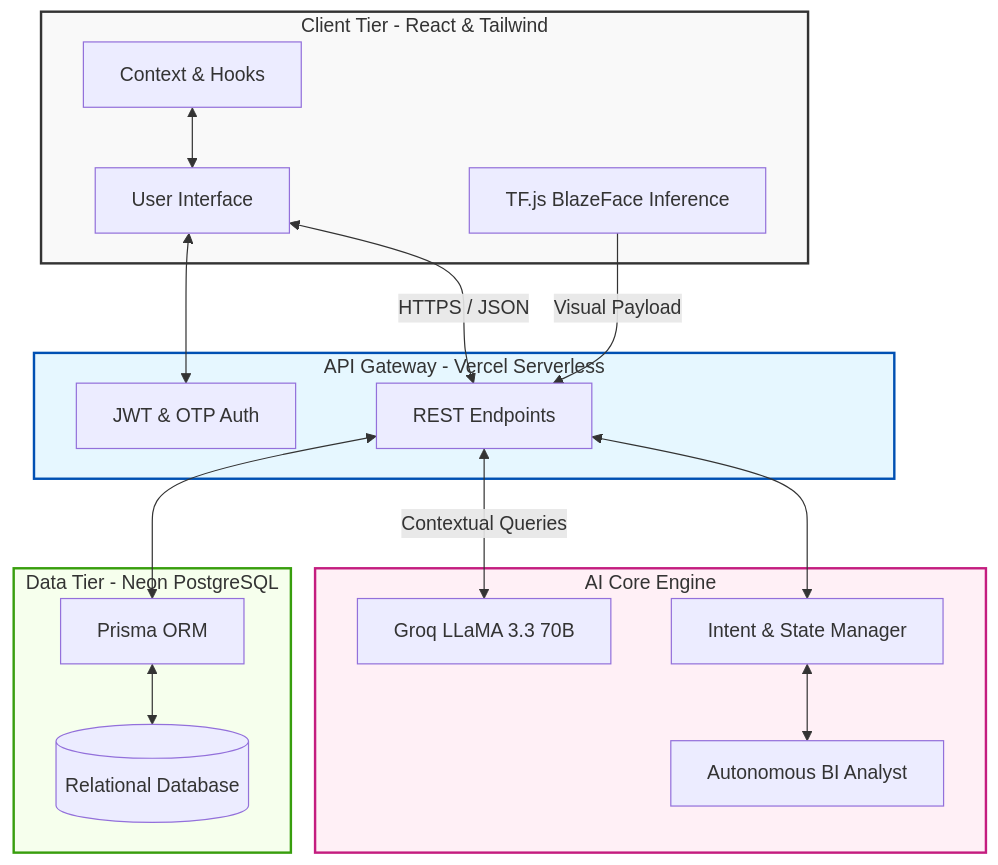
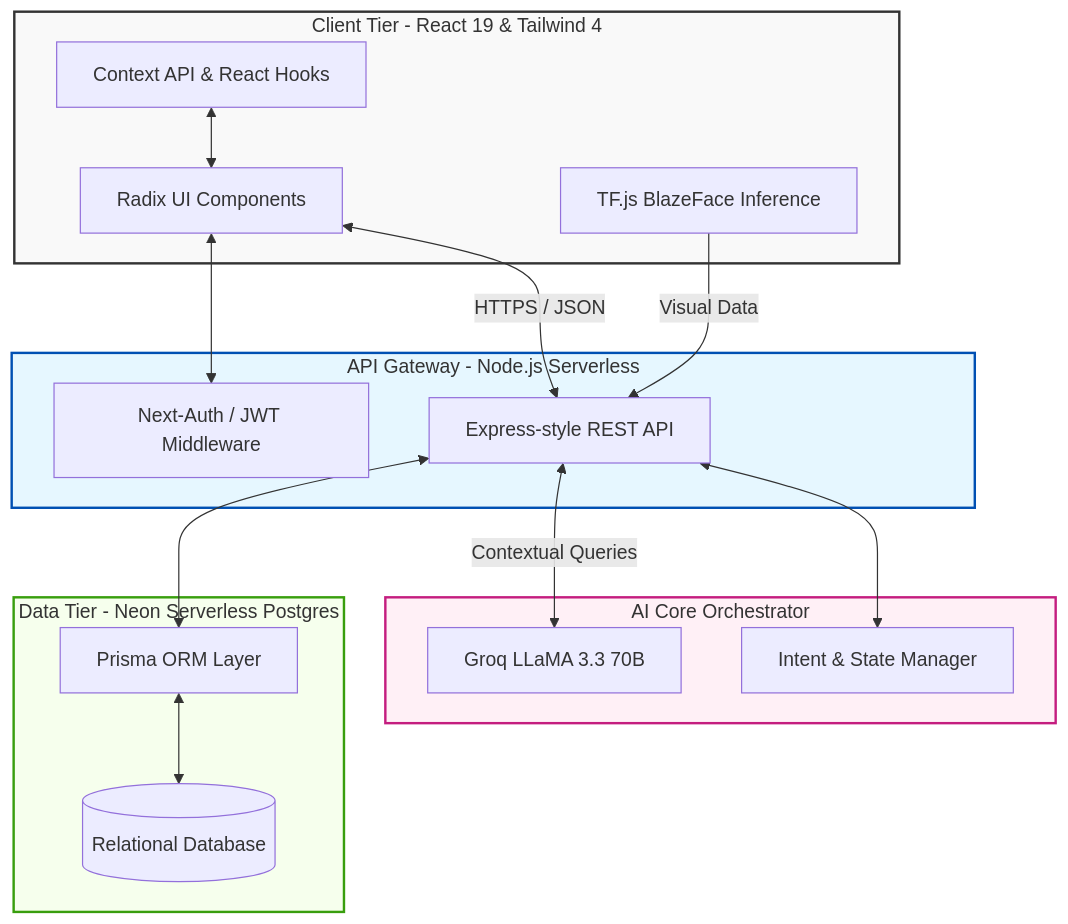
One commit to maryamtahir7/skinglow-finalproject changed the second of 3 diagrams in README.md. Above: the diagram before and after it, drawn with Mermaid. The commit also changed other lines of this file, not shown here.

````diff
--- a/README.md
+++ b/README.md
@@ -110,39 +129,37 @@
 ```mermaid
 graph TD
-  subgraph Client [Client Tier - React & Tailwind]
-    UI[User Interface]
-    State[Context & Hooks]
+  subgraph Client [Client Tier - React 19 & Tailwind 4]
+    UI[Radix UI Components]
+    State[Context API & React Hooks]
     CV[TF.js BlazeFace Inference]
   end
 
-  subgraph Gateway [API Gateway - Vercel Serverless]
-    Auth[JWT & OTP Auth]
-    API[REST Endpoints]
+  subgraph Gateway [API Gateway - Node.js Serverless]
+    Auth[Next-Auth / JWT Middleware]
+    REST[Express-style REST API]
   end
 
-  subgraph AI_Engine [AI Core Engine]
+  subgraph AI_Engine [AI Core Orchestrator]
     LLM[Groq LLaMA 3.3 70B]
     Intent[Intent & State Manager]
-    Analyst[Autonomous BI Analyst]
   end
 
-  subgraph DB [Data Tier - Neon PostgreSQL]
-    Prisma[Prisma ORM]
+  subgraph DB [Data Tier - Neon Serverless Postgres]
+    Prisma[Prisma ORM Layer]
     Postgres[(Relational Database)]
   end
 
-  UI <-->|HTTPS / JSON| API
+  UI <-->|HTTPS / JSON| REST
   UI <--> Auth
   State <--> UI
-  CV -->|Visual Payload| API
-  API <-->|Contextual Queries| LLM
-  API <--> Intent
-  API <--> Prisma
-  Intent <--> Analyst
+  CV -->|Visual Data| REST
+  REST <-->|Contextual Queries| LLM
+  REST <--> Intent
+  REST <--> Prisma
   Prisma <--> Postgres
   
   style Client fill:#f9f9f9,stroke:#333,stroke-width:2px
   style Gateway fill:#e6f7ff,stroke:#0050b3,stroke-width:2px
   style AI_Engine fill:#fff0f6,stroke:#c41d7f,stroke-width:2px
   style DB fill:#f6ffed,stroke:#389e0d,stroke-width:2px
 ```
````
